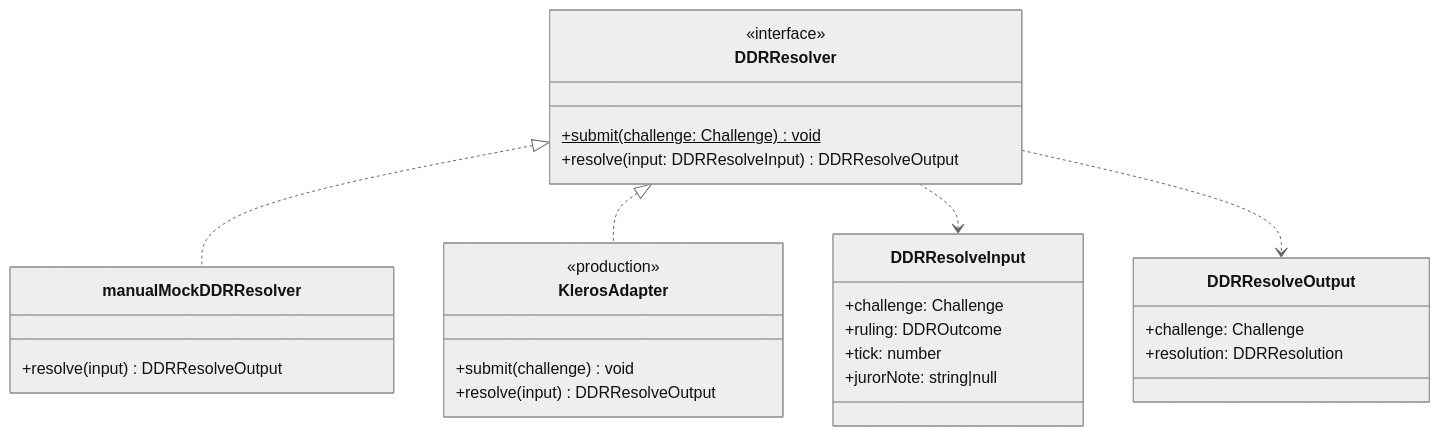
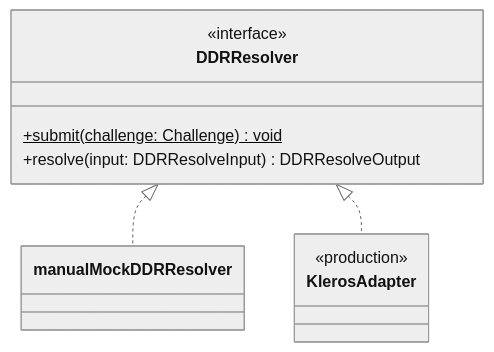
The fourth of 5 diagrams in projects/rpgf/prototype/ARCHITECTURE.md (0xferit/manuscript-decentralized-curation), drawn with Mermaid (neutral theme) before and after one commit. The commit also changed other lines of this file, not shown here.

Commit message:
docs(rpgf): refresh ARCHITECTURE.md to reflect 7-module layout

````diff
--- a/projects/rpgf/prototype/ARCHITECTURE.md
+++ b/projects/rpgf/prototype/ARCHITECTURE.md
@@ -244,31 +275,14 @@
 ```mermaid
 classDiagram
   class DDRResolver {
     <<interface>>
     +submit(challenge: Challenge)$ void
     +resolve(input: DDRResolveInput) DDRResolveOutput
   }
-  class manualMockDDRResolver {
-    +resolve(input) DDRResolveOutput
-  }
+  class manualMockDDRResolver
   class KlerosAdapter {
     <<production>>
-    +submit(challenge) void
-    +resolve(input) DDRResolveOutput
   }
   DDRResolver <|.. manualMockDDRResolver
   DDRResolver <|.. KlerosAdapter
-
-  class DDRResolveInput {
-    +challenge: Challenge
-    +ruling: DDROutcome
-    +tick: number
-    +jurorNote: string|null
-  }
-  class DDRResolveOutput {
-    +challenge: Challenge
-    +resolution: DDRResolution
-  }
-  DDRResolver ..> DDRResolveInput
-  DDRResolver ..> DDRResolveOutput
 ```
````
